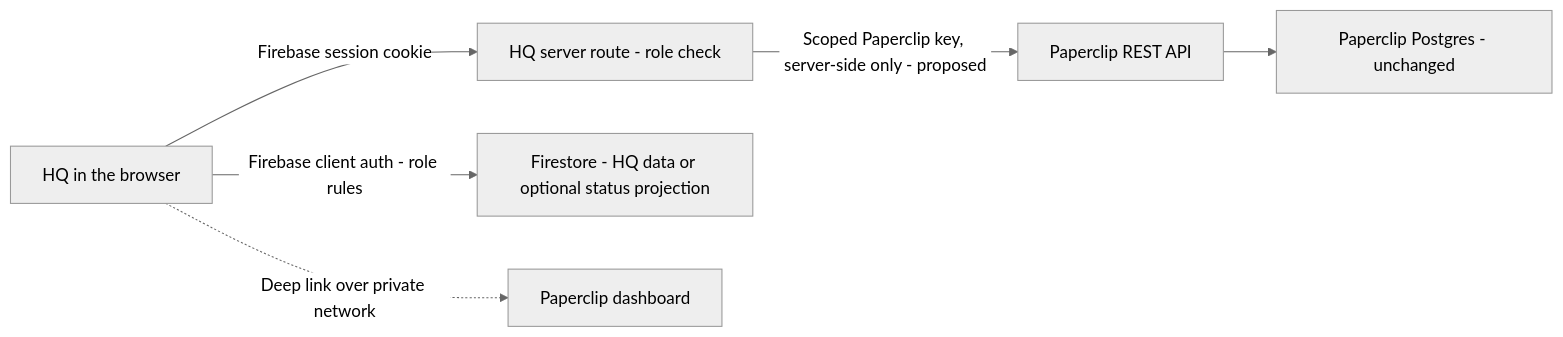
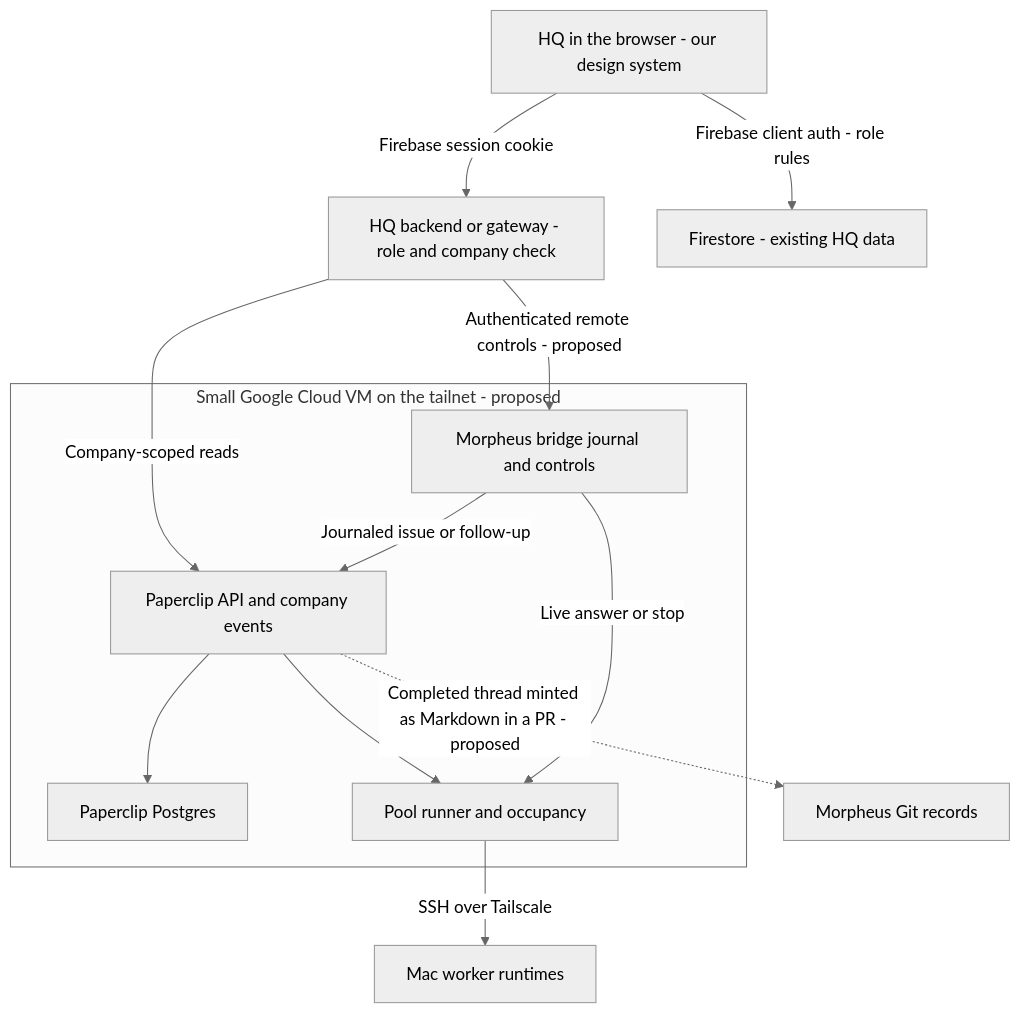
Before and after one commit to cpheinrich/morpheus: the fifth of 5 diagrams in docs/paperclip-overview.md, drawn with Mermaid (neutral theme). The commit also changed other lines of this file and 1 other file, not shown here.

````diff
--- a/docs/paperclip-overview.md
+++ b/docs/paperclip-overview.md
@@ -219,8 +336,19 @@
 ```mermaid
-flowchart LR
-  Browser[HQ in the browser] -->|Firebase session cookie| Route[HQ server route - role check]
-  Browser -->|Firebase client auth - role rules| Firestore[Firestore - HQ data or optional status projection]
-  Route -->|Scoped Paperclip key, server-side only - proposed| API[Paperclip REST API]
-  API --> Postgres[Paperclip Postgres - unchanged]
-  Browser -.->|Deep link over private network| Board[Paperclip dashboard]
+flowchart TB
+  subgraph VM[Small Google Cloud VM on the tailnet - proposed]
+    API[Paperclip API and company events]
+    Postgres[Paperclip Postgres]
+    Runner[Pool runner and occupancy]
+    Controls[Morpheus bridge journal and controls]
+    API --> Postgres
+    API --> Runner
+    Controls -->|Journaled issue or follow-up| API
+    Controls -->|Live answer or stop| Runner
+  end
+  Browser[HQ in the browser - our design system] -->|Firebase session cookie| Route[HQ backend or gateway - role and company check]
+  Browser -->|Firebase client auth - role rules| Firestore[Firestore - existing HQ data]
+  Route -->|Company-scoped reads| API
+  Route -->|Authenticated remote controls - proposed| Controls
+  Runner -->|SSH over Tailscale| Macs[Mac worker runtimes]
+  API -.->|Completed thread minted as Markdown in a PR - proposed| Git[Morpheus Git records]
 ```
````
